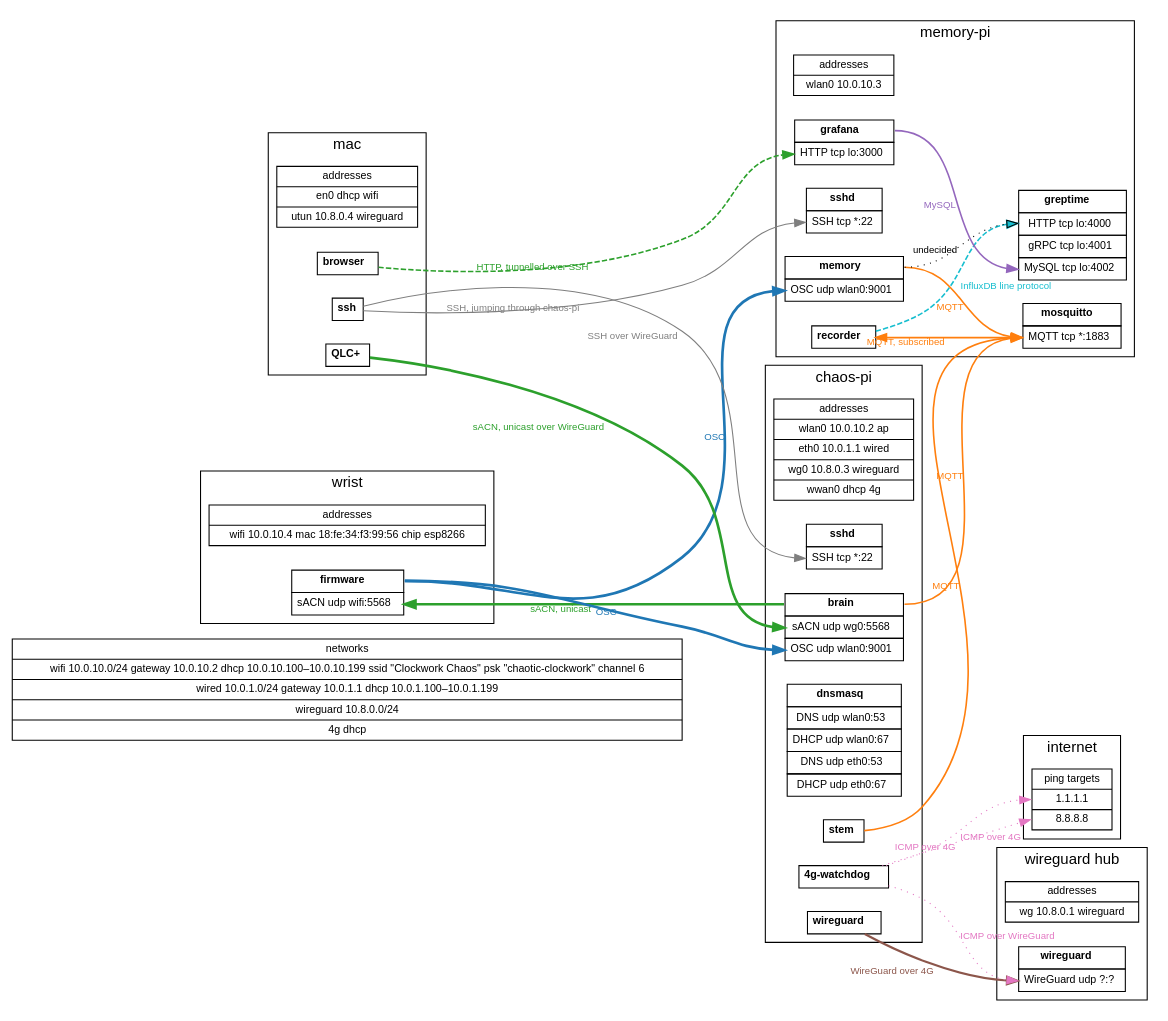
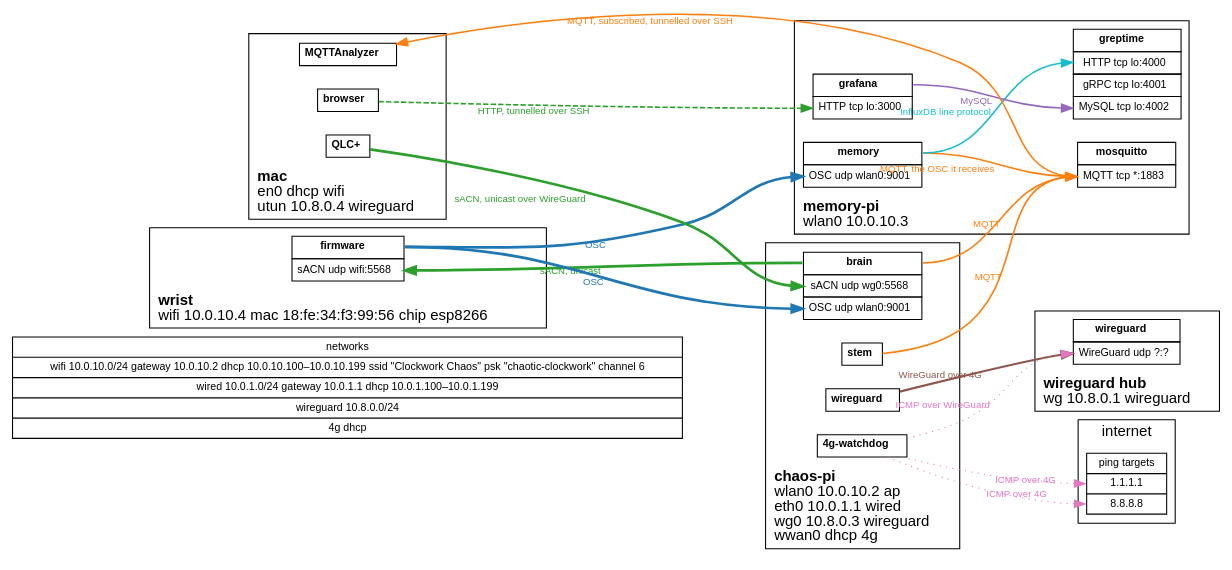
One commit to kjkoster/tensegrity-open-claw changed the diagram in clockwork.dot. Above: the diagram before and after it, drawn with Graphviz. The commit also changed 31 other files, not shown here.

Commit message:
Revive the memory-pi from a broken SD card. Remove the recorder in favour of writing to GreptimeDB ourselves. Mosquitto/MQTT has been demoted to a bridge so that I can see telemetry from my Mac.

```diff
--- a/clockwork.dot
+++ b/clockwork.dot
@@ -11,8 +11,9 @@
 //                           them the gateway and the DHCP range. A WiFi network adds its
 //                           `ssid "<name>"`, `psk "<passphrase>"` and `channel <n>`; this is
 //                           the one place the WiFi is defined.
-//   subgraph cluster_<dev>  a device, labelled with its host name.
-//   <dev>_if                the device's addresses, one field each: interface, address,
+//   subgraph cluster_<dev>  a device. Its label, drawn at the bottom of its box, is its host
+//                           name in bold, then its addresses, a line each, every line ended by
+//                           `<br align="left"/>`: interface, address,
 //                           network. "dhcp" for an address taken from a lease. The network
 //                           may be left out where the address lies in its CIDR; a lease
 //                           always names it. The device that is a WiFi network's access
@@ -48,9 +49,9 @@
     // ── Devices ──────────────────────────────────────────────────────────────────────────────
 
     subgraph cluster_chaos_pi {
-        label="chaos-pi";
-
-        chaos_pi_if [label="addresses|wlan0 10.0.10.2 ap|eth0 10.0.1.1 wired|wg0 10.8.0.3 wireguard|wwan0 dhcp 4g"];
+        label=<<b>chaos-pi</b><br align="left"/>wlan0 10.0.10.2 ap<br align="left"/>eth0 10.0.1.1 wired<br align="left"/>wg0 10.8.0.3 wireguard<br align="left"/>wwan0 dhcp 4g<br align="left"/>>;
+        labelloc="b";
+        labeljust="l";
 
         node [shape=plain];
 
@@ -62,17 +63,6 @@
         chaos_pi_stem [label=<<table border="0" cellborder="1" cellspacing="0" cellpadding="4">
             <tr><td port="title"><b>stem</b></td></tr>
         </table>>];
-        chaos_pi_dnsmasq [label=<<table border="0" cellborder="1" cellspacing="0" cellpadding="4">
-            <tr><td port="title"><b>dnsmasq</b></td></tr>
-            <tr><td port="dns_ap">DNS udp wlan0:53</td></tr>
-            <tr><td port="dhcp_ap">DHCP udp wlan0:67</td></tr>
-            <tr><td port="dns_wired">DNS udp eth0:53</td></tr>
-            <tr><td port="dhcp_wired">DHCP udp eth0:67</td></tr>
-        </table>>];
-        chaos_pi_sshd [label=<<table border="0" cellborder="1" cellspacing="0" cellpadding="4">
-            <tr><td port="title"><b>sshd</b></td></tr>
-            <tr><td port="ssh">SSH tcp *:22</td></tr>
-        </table>>];
         chaos_pi_wg [label=<<table border="0" cellborder="1" cellspacing="0" cellpadding="4">
             <tr><td port="title"><b>wireguard</b></td></tr>
         </table>>];
@@ -82,18 +72,15 @@
     }
 
     subgraph cluster_memory_pi {
-        label="memory-pi";
-
-        memory_pi_if [label="addresses|wlan0 10.0.10.3"];
+        label=<<b>memory-pi</b><br align="left"/>wlan0 10.0.10.3<br align="left"/>>;
+        labelloc="b";
+        labeljust="l";
 
         node [shape=plain];
 
         memory_pi_mosquitto [label=<<table border="0" cellborder="1" cellspacing="0" cellpadding="4">
             <tr><td port="title"><b>mosquitto</b></td></tr>
             <tr><td port="mqtt">MQTT tcp *:1883</td></tr>
-        </table>>];
-        memory_pi_recorder [label=<<table border="0" cellborder="1" cellspacing="0" cellpadding="4">
-            <tr><td port="title"><b>recorder</b></td></tr>
         </table>>];
         memory_pi_memory [label=<<table border="0" cellborder="1" cellspacing="0" cellpadding="4">
             <tr><td port="title"><b>memory</b></td></tr>
@@ -109,16 +96,12 @@
             <tr><td port="title"><b>grafana</b></td></tr>
             <tr><td port="http">HTTP tcp lo:3000</td></tr>
         </table>>];
-        memory_pi_sshd [label=<<table border="0" cellborder="1" cellspacing="0" cellpadding="4">
-            <tr><td port="title"><b>sshd</b></td></tr>
-            <tr><td port="ssh">SSH tcp *:22</td></tr>
-        </table>>];
     }
 
     subgraph cluster_wrist {
-        label="wrist";
-
-        wrist_if [label="addresses|wifi 10.0.10.4 mac 18:fe:34:f3:99:56 chip esp8266"];
+        label=<<b>wrist</b><br align="left"/>wifi 10.0.10.4 mac 18:fe:34:f3:99:56 chip esp8266<br align="left"/>>;
+        labelloc="b";
+        labeljust="l";
 
         node [shape=plain];
 
@@ -129,27 +112,27 @@
     }
 
     subgraph cluster_mac {
-        label="mac";
-
-        mac_if [label="addresses|en0 dhcp wifi|utun 10.8.0.4 wireguard"];
+        label=<<b>mac</b><br align="left"/>en0 dhcp wifi<br align="left"/>utun 10.8.0.4 wireguard<br align="left"/>>;
+        labelloc="b";
+        labeljust="l";
 
         node [shape=plain];
 
         mac_qlc [label=<<table border="0" cellborder="1" cellspacing="0" cellpadding="4">
             <tr><td port="title"><b>QLC+</b></td></tr>
         </table>>];
-        mac_ssh [label=<<table border="0" cellborder="1" cellspacing="0" cellpadding="4">
-            <tr><td port="title"><b>ssh</b></td></tr>
-        </table>>];
         mac_browser [label=<<table border="0" cellborder="1" cellspacing="0" cellpadding="4">
             <tr><td port="title"><b>browser</b></td></tr>
+        </table>>];
+        mac_mqttanalyzer [label=<<table border="0" cellborder="1" cellspacing="0" cellpadding="4">
+            <tr><td port="title"><b>MQTTAnalyzer</b></td></tr>
         </table>>];
     }
 
     subgraph cluster_wg_hub {
-        label="wireguard hub";
-
-        wg_hub_if [label="addresses|wg 10.8.0.1 wireguard"];
+        label=<<b>wireguard hub</b><br align="left"/>wg 10.8.0.1 wireguard<br align="left"/>>;
+        labelloc="b";
+        labeljust="l";
 
         node [shape=plain];
 
@@ -183,13 +166,13 @@
         edge [color="#ff7f0e", fontcolor="#ff7f0e", penwidth=1.5];
         chaos_pi_brain:title     -> memory_pi_mosquitto:mqtt [xlabel="MQTT"];
         chaos_pi_stem:title      -> memory_pi_mosquitto:mqtt [xlabel="MQTT"];
-        memory_pi_memory:title   -> memory_pi_mosquitto:mqtt [xlabel="MQTT"];
-        memory_pi_recorder:title -> memory_pi_mosquitto:mqtt [xlabel="MQTT, subscribed", dir=back];
+        memory_pi_memory:title   -> memory_pi_mosquitto:mqtt [xlabel="MQTT, the OSC it receives"];
+        mac_mqttanalyzer:title   -> memory_pi_mosquitto:mqtt [xlabel="MQTT, subscribed, tunnelled over SSH", dir=back];
     }
 
     subgraph influx {
-        edge [color="#17becf", fontcolor="#17becf", penwidth=1.5, style=dashed];
-        memory_pi_recorder:title -> memory_pi_greptime:http [xlabel="InfluxDB line protocol"];
+        edge [color="#17becf", fontcolor="#17becf", penwidth=1.5];
+        memory_pi_memory:title -> memory_pi_greptime:http [xlabel="InfluxDB line protocol"];
     }
 
     subgraph mysql {
@@ -200,12 +183,6 @@
     subgraph http {
         edge [color="#2ca02c", fontcolor="#2ca02c", penwidth=1.5, style=dashed];
         mac_browser:title -> memory_pi_grafana:http [xlabel="HTTP, tunnelled over SSH"];
-    }
-
-    subgraph ssh {
-        edge [color="#7f7f7f", fontcolor="#7f7f7f", penwidth=1];
-        mac_ssh:title -> chaos_pi_sshd:ssh  [xlabel="SSH over WireGuard"];
-        mac_ssh:title -> memory_pi_sshd:ssh [xlabel="SSH, jumping through chaos-pi"];
     }
 
     subgraph wireguard {
@@ -219,9 +196,4 @@
         chaos_pi_watchdog:title -> internet_ping:google     [xlabel="ICMP over 4G"];
         chaos_pi_watchdog:title -> wg_hub_wg:wg             [xlabel="ICMP over WireGuard"];
     }
-
-    subgraph undecided {
-        edge [color="#000000", fontcolor="#000000", penwidth=1, style=dotted, arrowhead=empty];
-        memory_pi_memory:title -> memory_pi_greptime:http [xlabel="undecided"];
-    }
 }
```
